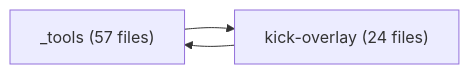
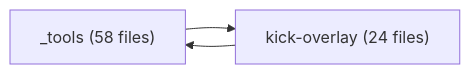
The diagram in features/INDEX.md (mateusant13/kick-youtube-overlay-for-twitch-with-adblock), drawn with Mermaid before and after one commit. The commit also changed other lines of this file and 26 other files, not shown here.

````diff
--- a/features/INDEX.md
+++ b/features/INDEX.md
@@ -15,7 +15,7 @@
 ```mermaid
 flowchart LR
-  _tools["_tools (57 files)"]
+  _tools["_tools (58 files)"]
   kick_overlay["kick-overlay (24 files)"]
   _tools --> kick_overlay
   kick_overlay --> _tools
 ```
````
